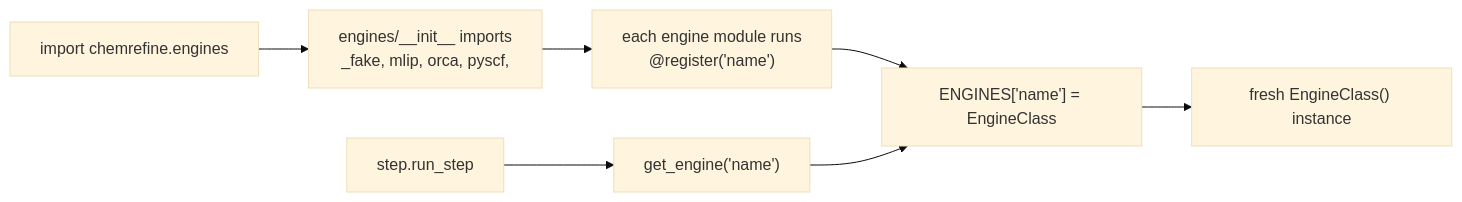
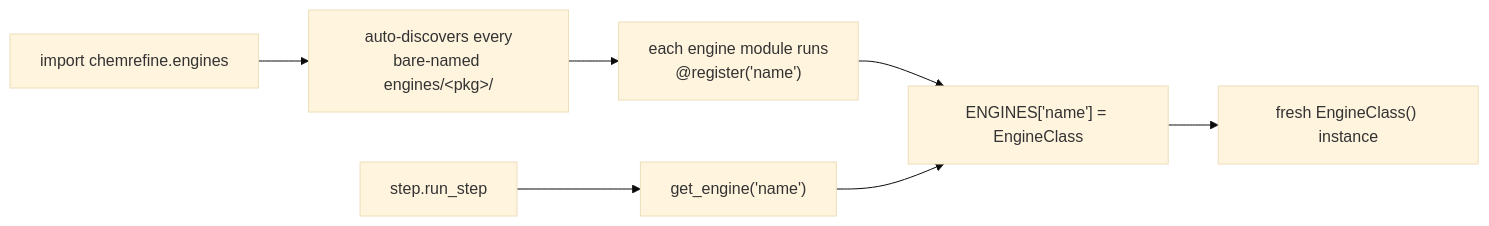
One commit to sterling-group/ChemRefine changed the diagram in docs/developer/adding-an-engine.md. Above: the diagram before and after it, drawn with Mermaid (base theme). The commit also changed other lines of this file and 6 other files, not shown here.

First line of the commit message:
feat: auto-discover engine plugins and MLIP backends (drop-in, no import lists)

````diff
--- a/docs/developer/adding-an-engine.md
+++ b/docs/developer/adding-an-engine.md
@@ -75,8 +80,8 @@
 ```mermaid
 flowchart LR
-  A["import chemrefine.engines"] --> B["engines/__init__ imports\n_fake, mlip, orca, pyscf, <name>"]
+  A["import chemrefine.engines"] --> B["auto-discovers every\nbare-named engines/&lt;pkg&gt;/"]
   B --> C["each engine module runs\n@register('name')"]
   C --> D["ENGINES['name'] = EngineClass"]
   E["step.run_step"] --> F["get_engine('name')"]
   F --> D --> G["fresh EngineClass() instance"]
 ```
````
